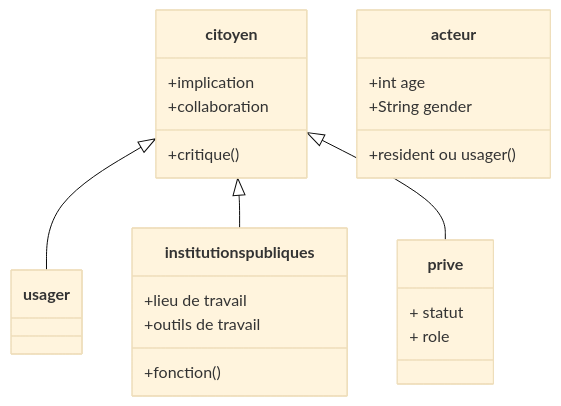
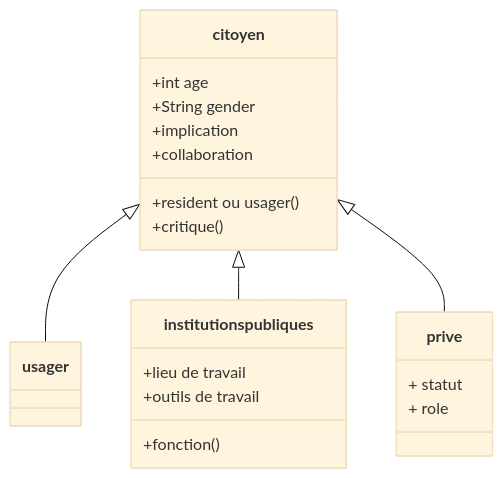
Before and after one commit to kahiarchi/plaine---saint--Denis---batiment-: the diagram in acteurskahiarchi.md, drawn with Mermaid (base theme).

Commit message:
Refactor acteur and citoyen class attributes
Removed redundant actor attributes and updated citizen class.

````diff
--- a/acteurskahiarchi.md
+++ b/acteurskahiarchi.md
@@ -1,27 +1,25 @@
 ```mermaid
 classDiagram
     citoyen <|-- usager
     citoyen <|-- institutions publiques
     citoyen <|-- prive
 
-    acteur : +int age
-    acteur : +String gender
-    acteur: +resident ou usager()
+    citoyen : +int age
+    citoyen : +String gender
+    citoyen : +resident ou usager()
 
   class citoyen{
      +implication 
      +collaboration
-
      +critique ()
     }
     class institutions publiques{
           +lieu de travail
           +outils de travail
-
           +fonction ()
     }
     class prive{
       + statut
      +  role
      }
 ```
````
